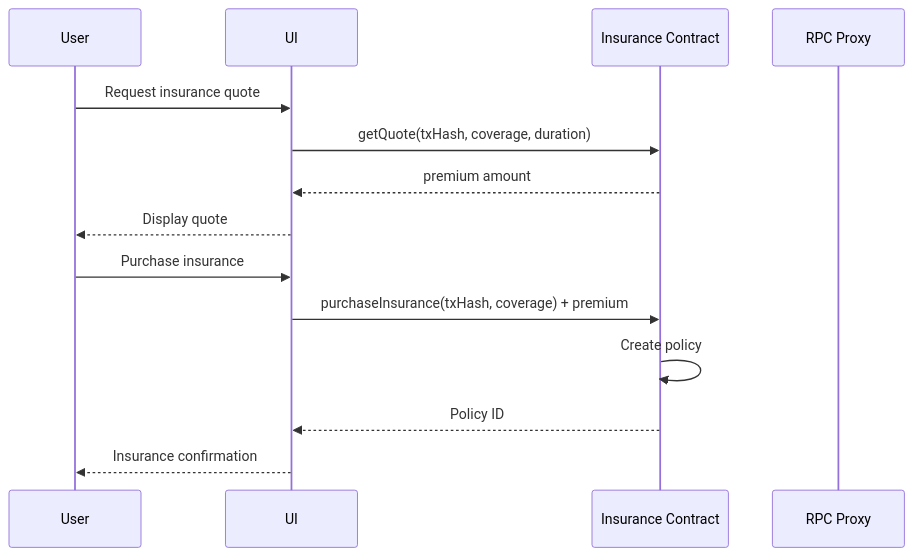
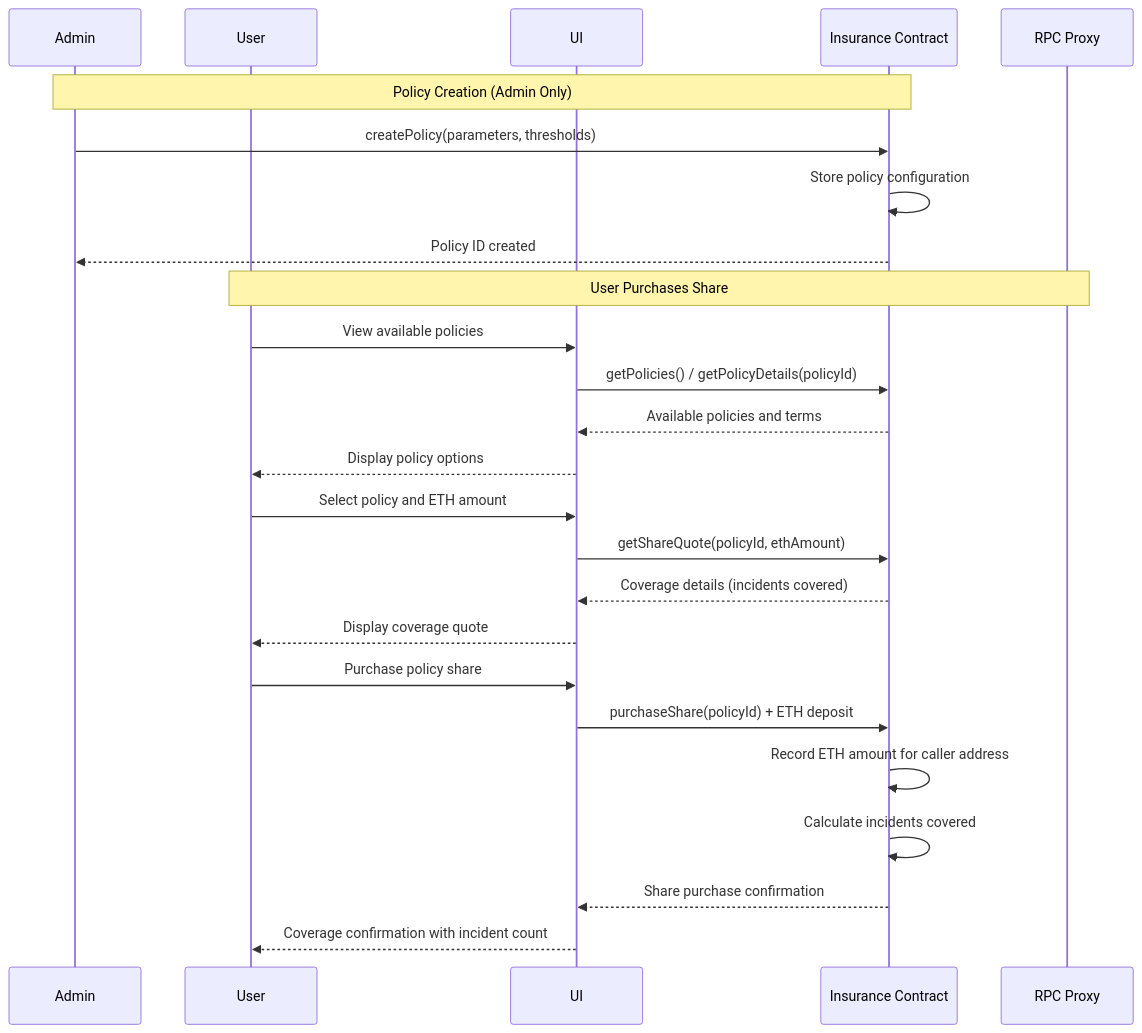
The first of 4 diagrams in README.md (jordan-public/transaction-delay-insurance), drawn with Mermaid before and after one commit.

Commit message:
Policy structure

````diff
--- a/README.md
+++ b/README.md
@@ -40,17 +40,29 @@
 ```mermaid
 sequenceDiagram
+    participant Admin
     participant User
     participant UI
     participant Insurance Contract
     participant RPC Proxy
 
-    User->>UI: Request insurance quote
-    UI->>Insurance Contract: getQuote(txHash, coverage, duration)
-    Insurance Contract-->>UI: premium amount
-    UI-->>User: Display quote
-    User->>UI: Purchase insurance
-    UI->>Insurance Contract: purchaseInsurance(txHash, coverage) + premium
-    Insurance Contract->>Insurance Contract: Create policy
-    Insurance Contract-->>UI: Policy ID
-    UI-->>User: Insurance confirmation
+    Note over Admin, Insurance Contract: Policy Creation (Admin Only)
+    Admin->>Insurance Contract: createPolicy(parameters, thresholds)
+    Insurance Contract->>Insurance Contract: Store policy configuration
+    Insurance Contract-->>Admin: Policy ID created
+
+    Note over User, RPC Proxy: User Purchases Share
+    User->>UI: View available policies
+    UI->>Insurance Contract: getPolicies() / getPolicyDetails(policyId)
+    Insurance Contract-->>UI: Available policies and terms
+    UI-->>User: Display policy options
+    User->>UI: Select policy and ETH amount
+    UI->>Insurance Contract: getShareQuote(policyId, ethAmount)
+    Insurance Contract-->>UI: Coverage details (incidents covered)
+    UI-->>User: Display coverage quote
+    User->>UI: Purchase policy share
+    UI->>Insurance Contract: purchaseShare(policyId) + ETH deposit
+    Insurance Contract->>Insurance Contract: Record ETH amount for caller address
+    Insurance Contract->>Insurance Contract: Calculate incidents covered
+    Insurance Contract-->>UI: Share purchase confirmation
+    UI-->>User: Coverage confirmation with incident count
 ```
````
